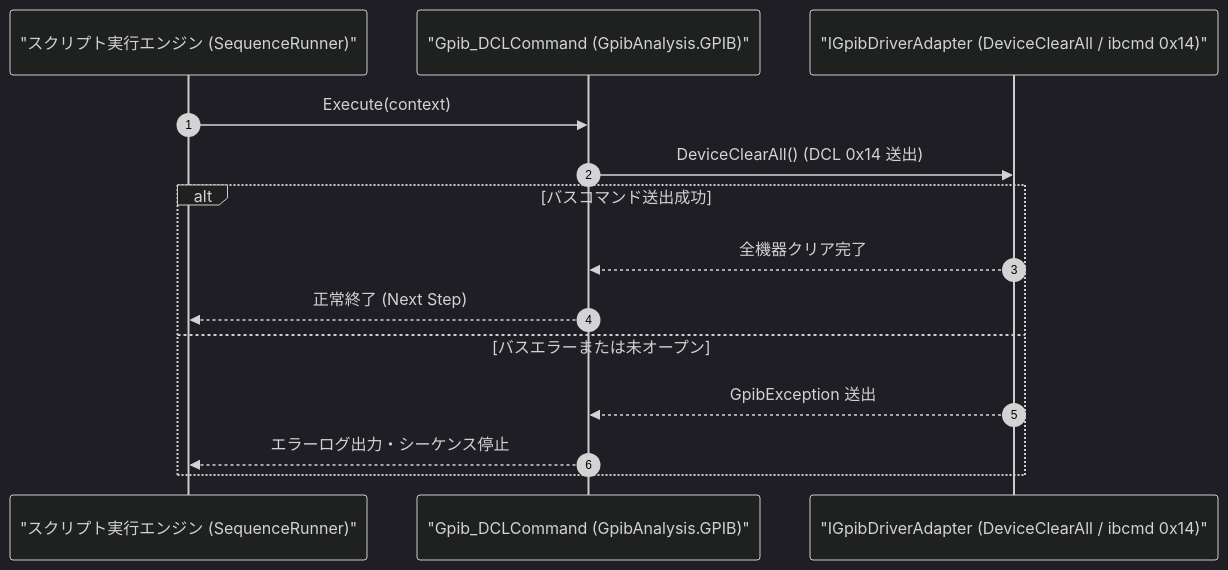
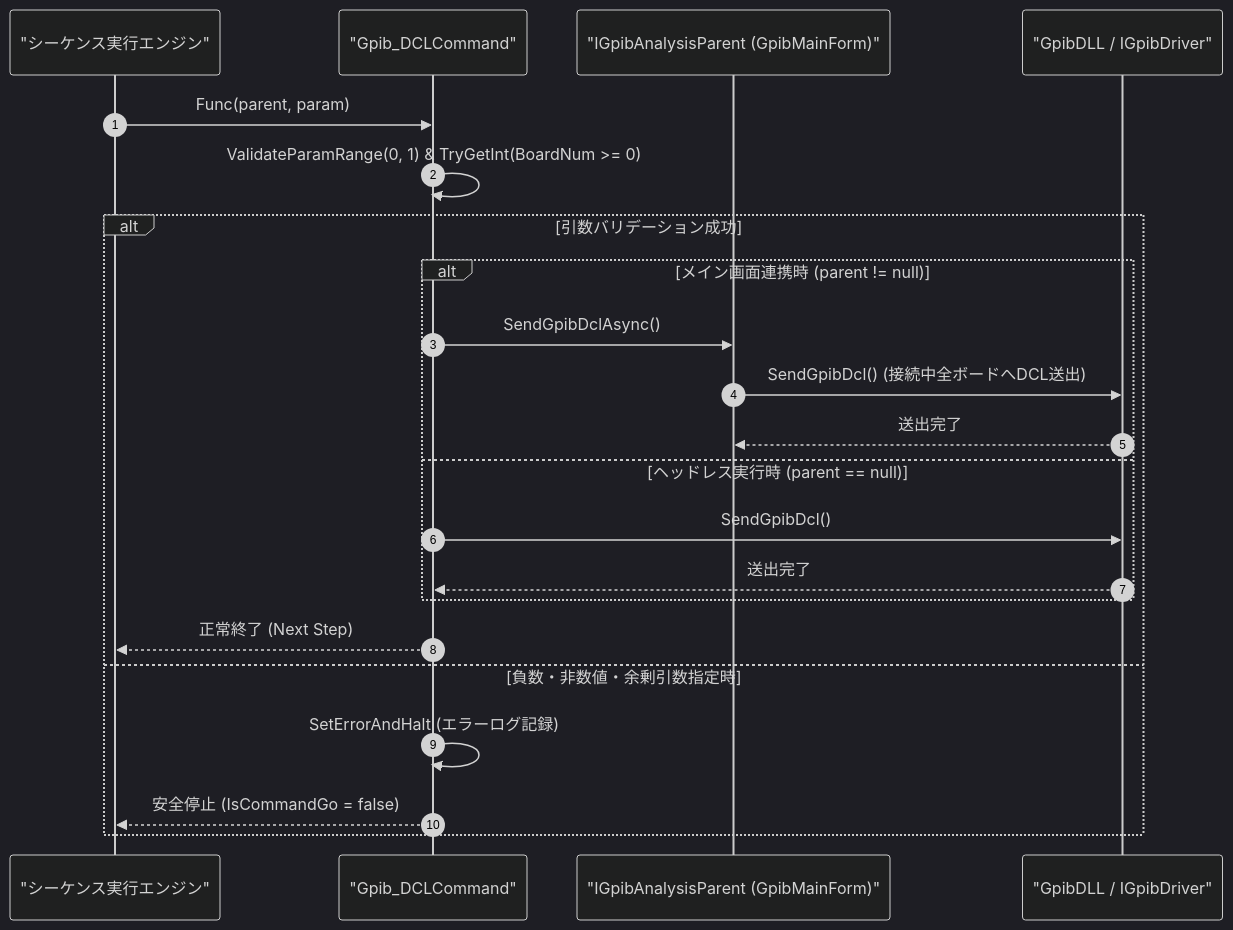
Before and after one commit to Monaca-App/GpibAddIn: the diagram in Manual/GPIB/Gpib_DCL.Md, drawn with Mermaid (dark theme). The commit also changed other lines of this file and 32 other files, not shown here.

````diff
--- a/Manual/GPIB/Gpib_DCL.Md
+++ b/Manual/GPIB/Gpib_DCL.Md
@@ -66,17 +67,25 @@
 ```mermaid
 sequenceDiagram
     autonumber
-    participant Script as "スクリプト実行エンジン (SequenceRunner)"
-    participant Cmd as "Gpib_DCLCommand (GpibAnalysis.GPIB)"
-    participant Drv as "IGpibDriverAdapter (DeviceClearAll / ibcmd 0x14)"
+    participant Script as "シーケンス実行エンジン"
+    participant Cmd as "Gpib_DCLCommand"
+    participant Parent as "IGpibAnalysisParent (GpibMainForm)"
+    participant Dll as "GpibDLL / IGpibDriver"
 
-    Script->>Cmd: Execute(context)
-    Cmd->>Drv: DeviceClearAll() (DCL 0x14 送出)
-    alt バスコマンド送出成功
-        Drv-->>Cmd: 全機器クリア完了
+    Script->>Cmd: Func(parent, param)
+    Cmd->>Cmd: ValidateParamRange(0, 1) & TryGetInt(BoardNum >= 0)
+    alt 引数バリデーション成功
+        alt メイン画面連携時 (parent != null)
+            Cmd->>Parent: SendGpibDclAsync()
+            Parent->>Dll: SendGpibDcl() (接続中全ボードへDCL送出)
+            Dll-->>Parent: 送出完了
+        else ヘッドレス実行時 (parent == null)
+            Cmd->>Dll: SendGpibDcl()
+            Dll-->>Cmd: 送出完了
+        end
         Cmd-->>Script: 正常終了 (Next Step)
-    else バスエラーまたは未オープン
-        Drv-->>Cmd: GpibException 送出
-        Cmd-->>Script: エラーログ出力・シーケンス停止
+    else 負数・非数値・余剰引数指定時
+        Cmd->>Cmd: SetErrorAndHalt (エラーログ記録)
+        Cmd-->>Script: 安全停止 (IsCommandGo = false)
     end
 ```
````
